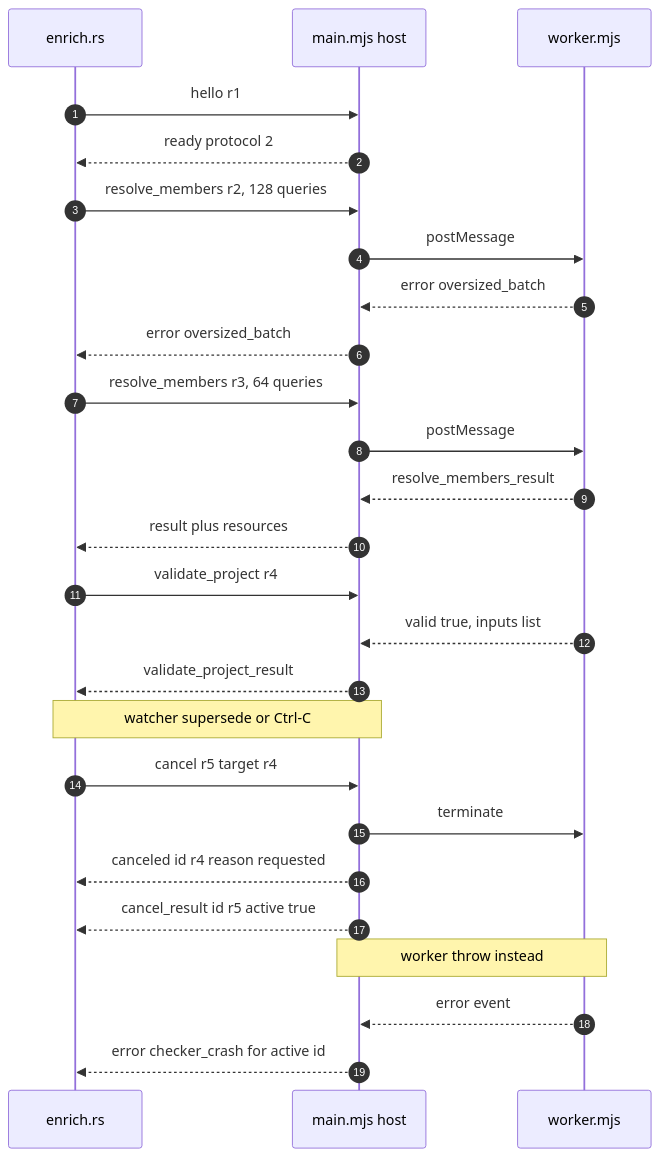
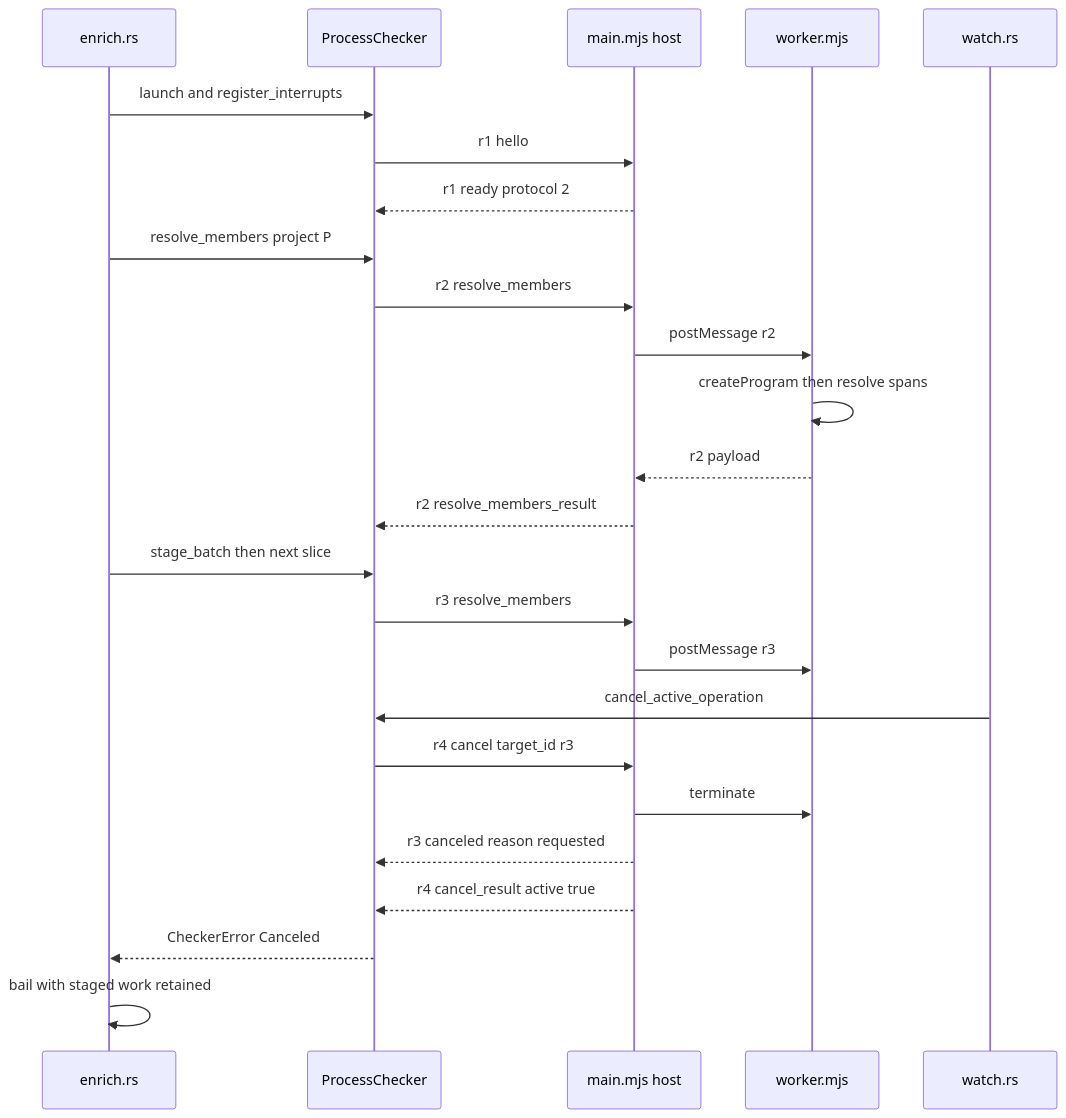
Before and after one commit to iantocristian/jscout: the first of 3 diagrams in docs/codebase-analysis/09-sidecars.md, drawn with Mermaid. The commit also changed other lines of this file and 28 other files, not shown here.

````diff
--- a/docs/codebase-analysis/09-sidecars.md
+++ b/docs/codebase-analysis/09-sidecars.md
@@ -72,28 +50,27 @@
 ```mermaid
 sequenceDiagram
-    autonumber
     participant E as enrich.rs
+    participant C as ProcessChecker
     participant H as main.mjs host
     participant W as worker.mjs
-    E->>H: hello r1
-    H-->>E: ready protocol 2
-    E->>H: resolve_members r2, 128 queries
-    H->>W: postMessage
-    W-->>H: error oversized_batch
-    H-->>E: error oversized_batch
-    E->>H: resolve_members r3, 64 queries
-    H->>W: postMessage
-    W-->>H: resolve_members_result
-    H-->>E: result plus resources
-    E->>H: validate_project r4
-    W-->>H: valid true, inputs list
-    H-->>E: validate_project_result
-    Note over E,H: watcher supersede or Ctrl-C
-    E->>H: cancel r5 target r4
+    participant WA as watch.rs
+    E->>C: launch and register_interrupts
+    C->>H: r1 hello
+    H-->>C: r1 ready protocol 2
+    E->>C: resolve_members project P
+    C->>H: r2 resolve_members
+    H->>W: postMessage r2
+    W->>W: createProgram then resolve spans
+    W-->>H: r2 payload
+    H-->>C: r2 resolve_members_result
+    E->>C: stage_batch then next slice
+    C->>H: r3 resolve_members
+    H->>W: postMessage r3
+    WA->>C: cancel_active_operation
+    C->>H: r4 cancel target_id r3
     H->>W: terminate
-    H-->>E: canceled id r4 reason requested
-    H-->>E: cancel_result id r5 active true
-    Note over H,W: worker throw instead
-    W-->>H: error event
-    H-->>E: error checker_crash for active id
+    H-->>C: r3 canceled reason requested
+    H-->>C: r4 cancel_result active true
+    C-->>E: CheckerError Canceled
+    E->>E: bail with staged work retained
 ```
````
